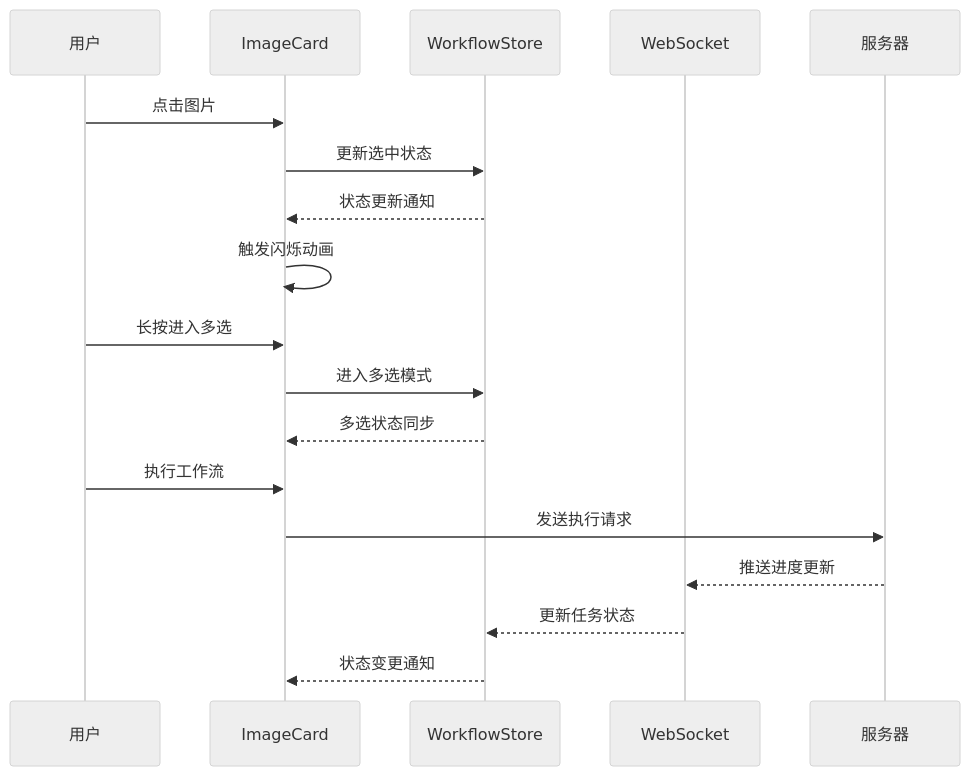
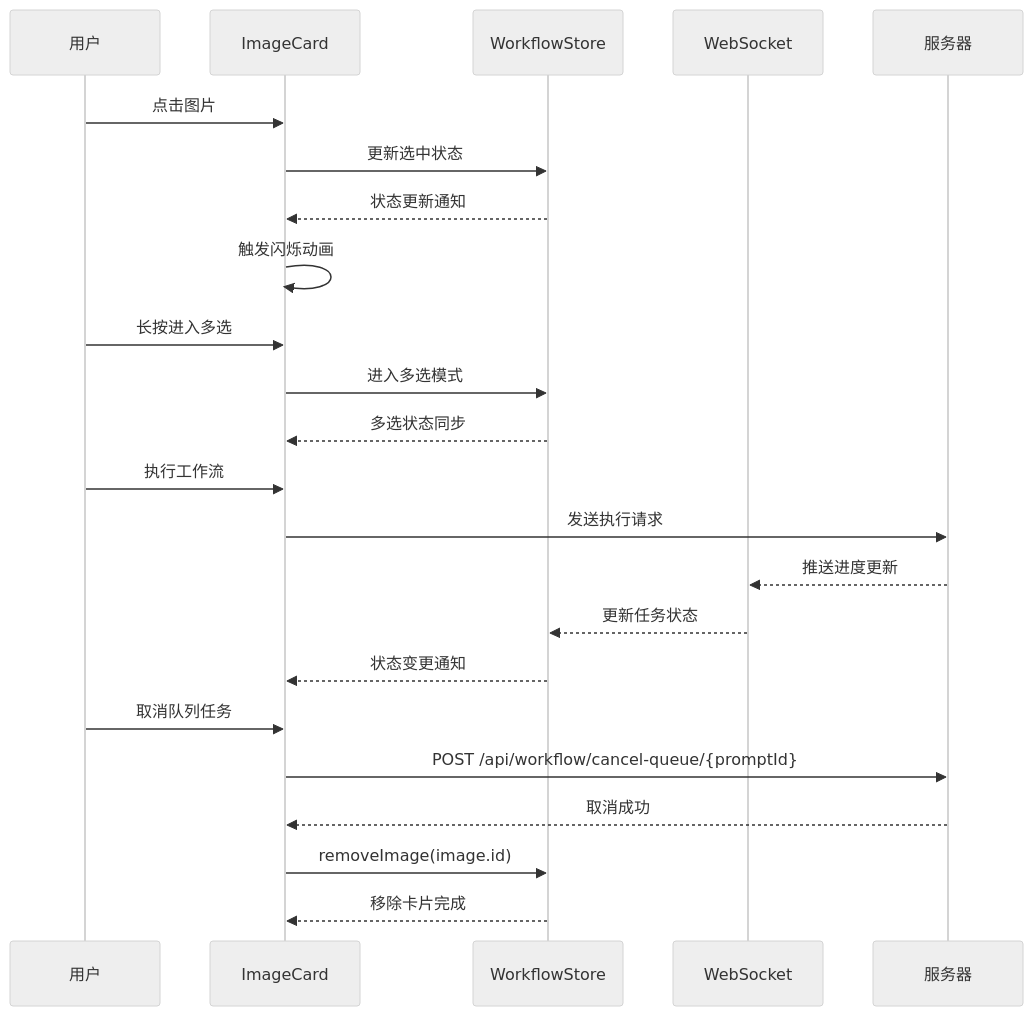
One commit to billye220670/CorineKit_Pix2Real changed the second of 7 diagrams in .qoder/repowiki/zh/content/用户界面组件/核心界面组件/图片卡片组件 (ImageCard).md. Above: the diagram before and after it, drawn with Mermaid (neutral theme). The commit also changed other lines of this file and 54 other files, not shown here.

First line of the commit message:
feat: 模型下拉菜单元数据管理（缩略图+重命名）及session mask恢复优化

````diff
--- a/.qoder/repowiki/zh/content/用户界面组件/核心界面组件/图片卡片组件 (ImageCard).md
+++ b/.qoder/repowiki/zh/content/用户界面组件/核心界面组件/图片卡片组件 (ImageCard).md
@@ -102,20 +108,25 @@
 ```mermaid
 sequenceDiagram
 participant User as 用户
 participant IC as ImageCard
 participant UWS as WorkflowStore
 participant WS as WebSocket
 participant Server as 服务器
 User->>IC : 点击图片
 IC->>UWS : 更新选中状态
 UWS-->>IC : 状态更新通知
 IC->>IC : 触发闪烁动画
 User->>IC : 长按进入多选
 IC->>UWS : 进入多选模式
 UWS-->>IC : 多选状态同步
 User->>IC : 执行工作流
 IC->>Server : 发送执行请求
 Server-->>WS : 推送进度更新
 WS-->>UWS : 更新任务状态
 UWS-->>IC : 状态变更通知
+User->>IC : 取消队列任务
+IC->>Server : POST /api/workflow/cancel-queue/{promptId}
+Server-->>IC : 取消成功
+IC->>UWS : removeImage(image.id)
+UWS-->>IC : 移除卡片完成
 ```
````
